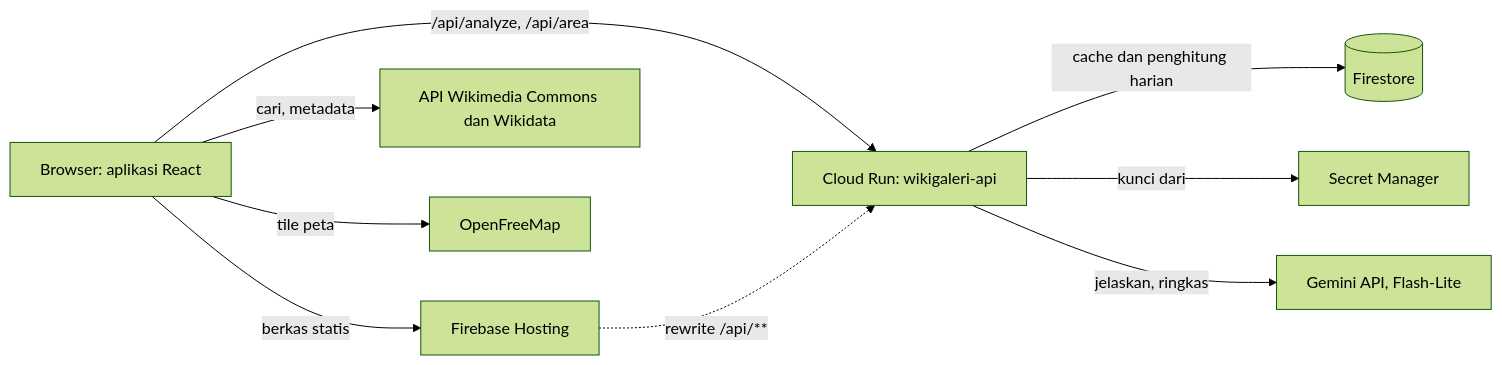
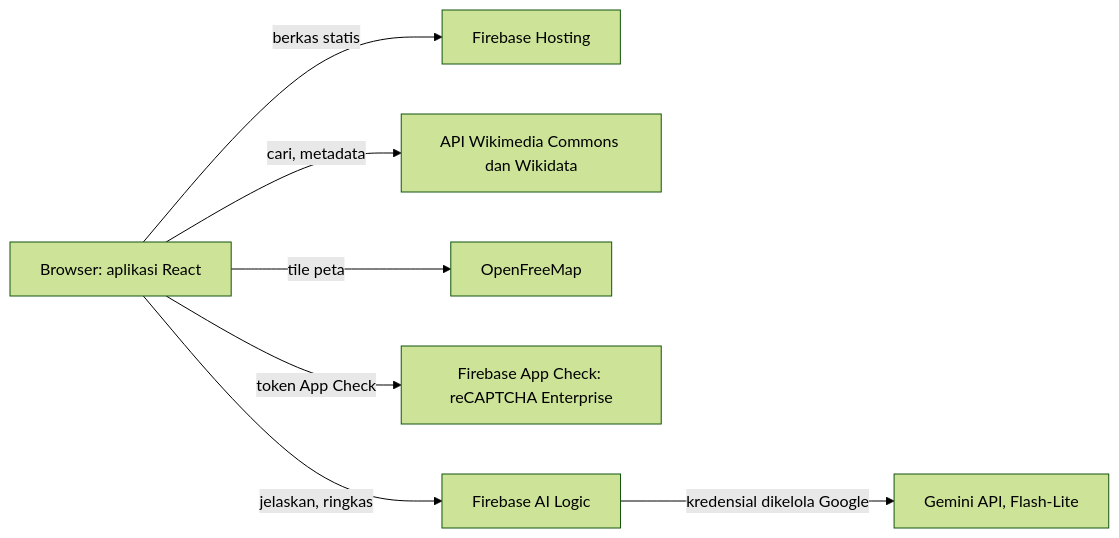
Before and after one commit to affandymurad/wikigaleri: the second of 2 diagrams in README.md, drawn with Mermaid (forest theme). The commit also changed other lines of this file, not shown here.

First line of the commit message:
Describe the Firebase AI Logic setup in the README

````diff
--- a/README.md
+++ b/README.md
@@ -226,11 +226,9 @@
 ```mermaid
 flowchart LR
   U[Browser: aplikasi React] -->|berkas statis| H[Firebase Hosting]
   U -->|cari, metadata| W[API Wikimedia Commons dan Wikidata]
   U -->|tile peta| M[OpenFreeMap]
-  U -->|/api/analyze, /api/area| R[Cloud Run: wikigaleri-api]
-  H -.->|rewrite /api/**| R
-  R -->|cache dan penghitung harian| F[(Firestore)]
-  R -->|kunci dari| S[Secret Manager]
-  R -->|jelaskan, ringkas| G[Gemini API, Flash-Lite]
+  U -->|token App Check| C[Firebase App Check: reCAPTCHA Enterprise]
+  U -->|jelaskan, ringkas| L[Firebase AI Logic]
+  L -->|kredensial dikelola Google| G[Gemini API, Flash-Lite]
 ```
````
